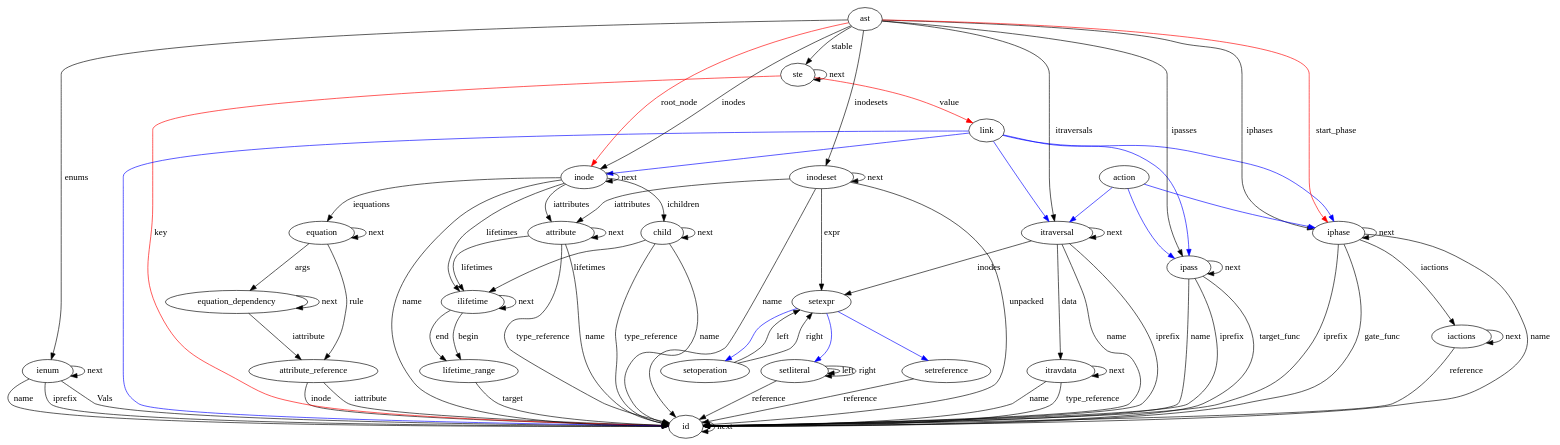
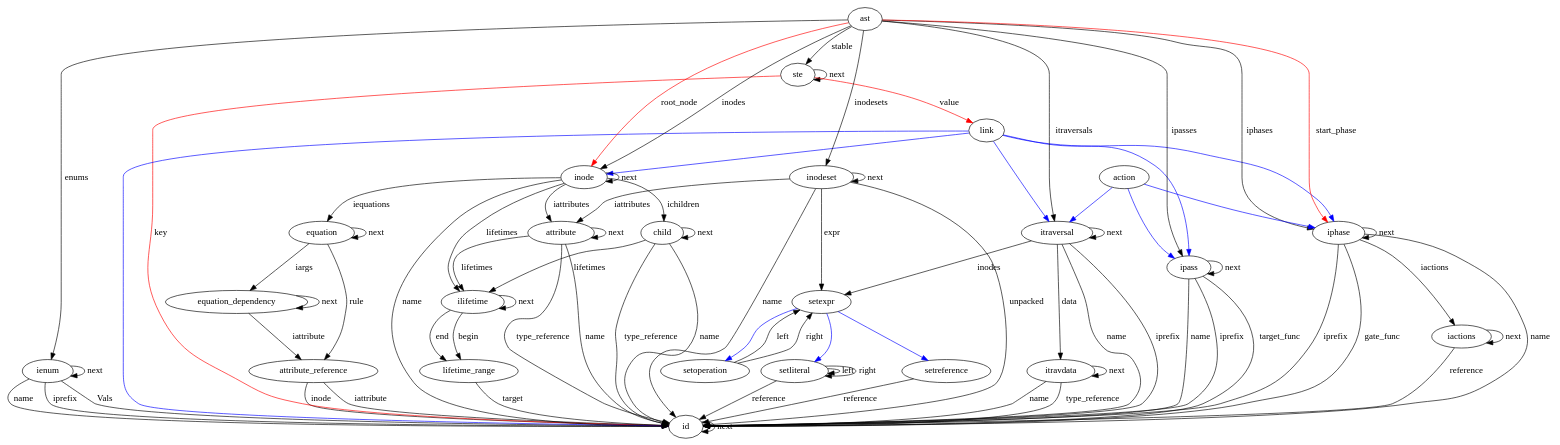
Before and after one commit to CoCoNut-UvA/coconut: the diagram in cocogen/ccngen/ast.dot, drawn with Graphviz. The commit also changed 9 other files, not shown here.

```diff
--- a/cocogen/ccngen/ast.dot
+++ b/cocogen/ccngen/ast.dot
@@ -1,109 +1,109 @@
 digraph Ast {
 id;
 id -> id[label="next"]
 ienum;
 ienum -> id[label="Vals"]
 ienum -> id[label="name"]
 ienum -> id[label="iprefix"]
 ienum -> ienum[label="next"]
 attribute_reference;
 attribute_reference -> id[label="inode"]
 attribute_reference -> id[label="iattribute"]
 equation_dependency;
 equation_dependency -> attribute_reference[label="iattribute"]
 equation_dependency -> equation_dependency[label="next"]
 equation;
 equation -> attribute_reference[label="rule"]
-equation -> equation_dependency[label="args"]
+equation -> equation_dependency[label="iargs"]
 equation -> equation[label="next"]
 attribute;
 attribute -> id[label="name"]
 attribute -> id[label="type_reference"]
 attribute -> ilifetime[label="lifetimes"]
 attribute -> attribute[label="next"]
 itravdata;
 itravdata -> id[label="name"]
 itravdata -> id[label="type_reference"]
 itravdata -> itravdata[label="next"]
 setoperation;
 setoperation -> setexpr[label="left"]
 setoperation -> setexpr[label="right"]
 setliteral;
 setliteral -> id[label="reference"]
 setliteral -> setliteral[label="left"]
 setliteral -> setliteral[label="right"]
 setreference;
 setreference -> id[label="reference"]
 ste;
 ste -> ste[label="next"]
 ste -> id[color=red, label="key"]
 ste -> link[color=red, label="value"]
 child;
 child -> id[label="name"]
 child -> ilifetime[label="lifetimes"]
 child -> child[label="next"]
 child -> id[label="type_reference"]
 lifetime_range;
 lifetime_range -> id[label="target"]
 ilifetime;
 ilifetime -> lifetime_range[label="begin"]
 ilifetime -> lifetime_range[label="end"]
 ilifetime -> ilifetime[label="next"]
 inodeset;
 inodeset -> id[label="name"]
 inodeset -> setexpr[label="expr"]
 inodeset -> attribute[label="iattributes"]
 inodeset -> id[label="unpacked"]
 inodeset -> inodeset[label="next"]
 inode;
 inode -> id[label="name"]
 inode -> inode[label="next"]
 inode -> child[label="ichildren"]
 inode -> attribute[label="iattributes"]
 inode -> equation[label="iequations"]
 inode -> ilifetime[label="lifetimes"]
 ipass;
 ipass -> id[label="name"]
 ipass -> id[label="iprefix"]
 ipass -> id[label="target_func"]
 ipass -> ipass[label="next"]
 itraversal;
 itraversal -> id[label="name"]
 itraversal -> id[label="iprefix"]
 itraversal -> setexpr[label="inodes"]
 itraversal -> itravdata[label="data"]
 itraversal -> itraversal[label="next"]
 iphase;
 iphase -> id[label="name"]
 iphase -> id[label="iprefix"]
 iphase -> id[label="gate_func"]
 iphase -> iactions[label="iactions"]
 iphase -> iphase[label="next"]
 iactions;
 iactions -> id[label="reference"]
 iactions -> iactions[label="next"]
 ast;
 ast -> iphase[label="iphases"]
 ast -> itraversal[label="itraversals"]
 ast -> ipass[label="ipasses"]
 ast -> inode[label="inodes"]
 ast -> inodeset[label="inodesets"]
 ast -> ienum[label="enums"]
 ast -> ste[label="stable"]
 ast -> inode[color=red, label="root_node"]
 ast -> iphase[color=red, label="start_phase"]
 setexpr;
 setexpr -> setoperation [color=blue]
 setexpr -> setreference [color=blue]
 setexpr -> setliteral [color=blue]
 link;
 link -> iphase [color=blue]
 link -> itraversal [color=blue]
 link -> ipass [color=blue]
 link -> inode [color=blue]
 link -> id [color=blue]
 action;
 action -> iphase [color=blue]
 action -> itraversal [color=blue]
 action -> ipass [color=blue]
 }
```
